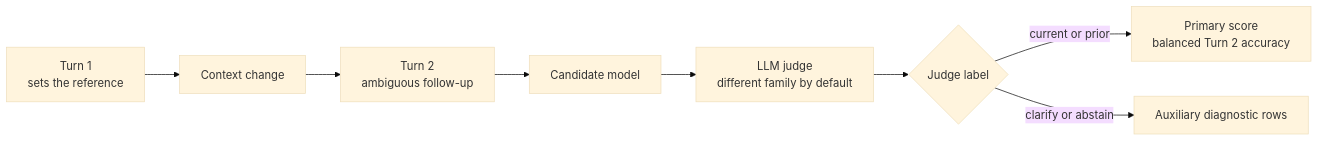
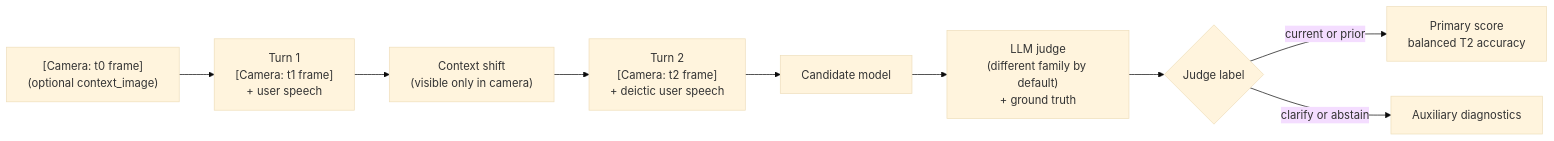
Before and after one commit to n-dryer/wearable-assistant-context-bench: the diagram in README.md, drawn with Mermaid (base theme). The commit also changed other lines of this file and 13 other files, not shown here.

````diff
--- a/README.md
+++ b/README.md
@@ -94,10 +70,11 @@
 ```mermaid
 flowchart LR
-    T1["Turn 1<br/>sets the reference"] --> Shift["Context change"]
-    Shift --> T2["Turn 2<br/>ambiguous follow-up"]
+    Ctx["[Camera: t0 frame]<br/>(optional context_image)"] --> T1["Turn 1<br/>[Camera: t1 frame]<br/>+ user speech"]
+    T1 --> Shift["Context shift<br/>(visible only in camera)"]
+    Shift --> T2["Turn 2<br/>[Camera: t2 frame]<br/>+ deictic user speech"]
     T2 --> Cand["Candidate model"]
-    Cand --> Judge["LLM judge<br/>different family by default"]
+    Cand --> Judge["LLM judge<br/>(different family by default)<br/>+ ground truth"]
     Judge --> Label{"Judge label"}
-    Label -->|current or prior| Score["Primary score<br/>balanced Turn 2 accuracy"]
-    Label -->|clarify or abstain| Aux["Auxiliary diagnostic rows"]
+    Label -->|current or prior| Score["Primary score<br/>balanced T2 accuracy"]
+    Label -->|clarify or abstain| Aux["Auxiliary diagnostics"]
 ```
````
